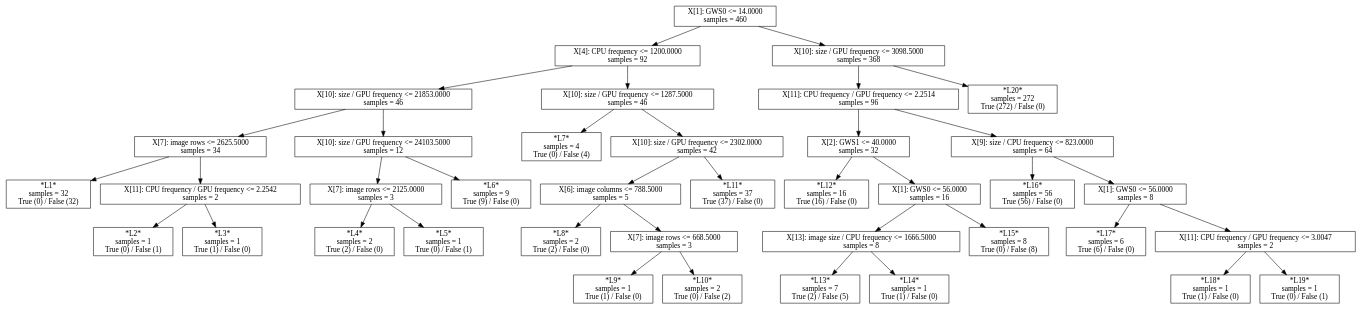
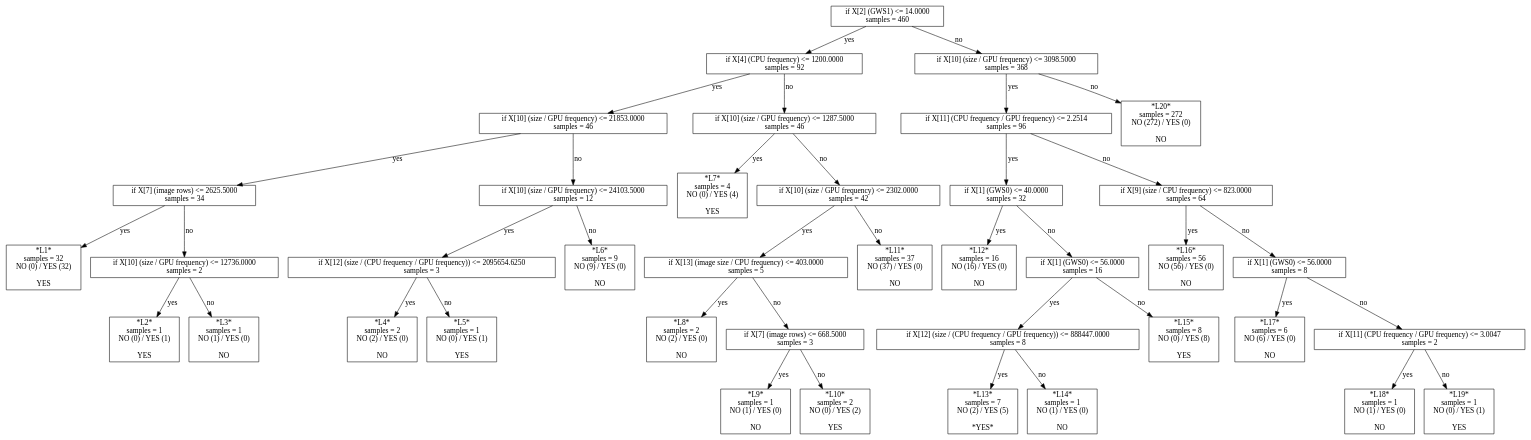
Before and after one commit to ctuning/reproduce-ck-paper-large-experiments: the diagram in script/reproduce-hog-modeling/t628-third-set-of-features-depth6/model-sklearn-dtc.model.dot, drawn with Graphviz. The commit also changed 199 other files, not shown here.

```diff
--- a/script/reproduce-hog-modeling/t628-third-set-of-features-depth6/model-sklearn-dtc.model.dot
+++ b/script/reproduce-hog-modeling/t628-third-set-of-features-depth6/model-sklearn-dtc.model.dot
@@ -1,79 +1,79 @@
 digraph Tree {
-0 [label="X[1]: GWS0 <= 14.0000\nsamples = 460", shape="box"] ;
-1 [label="X[4]: CPU frequency <= 1200.0000\nsamples = 92", shape="box"] ;
-0 -> 1 ;
-2 [label="X[10]: size / GPU frequency <= 21853.0000\nsamples = 46", shape="box"] ;
-1 -> 2 ;
-3 [label="X[7]: image rows <= 2625.5000\nsamples = 34", shape="box"] ;
-2 -> 3 ;
-4 [label="*L1*\nsamples = 32\nTrue (0) / False (32)", shape="box"] ;
-3 -> 4 ;
-5 [label="X[11]: CPU frequency / GPU frequency <= 2.2542\nsamples = 2", shape="box"] ;
-3 -> 5 ;
-6 [label="*L2*\nsamples = 1\nTrue (0) / False (1)", shape="box"] ;
-5 -> 6 ;
-7 [label="*L3*\nsamples = 1\nTrue (1) / False (0)", shape="box"] ;
-5 -> 7 ;
-8 [label="X[10]: size / GPU frequency <= 24103.5000\nsamples = 12", shape="box"] ;
-2 -> 8 ;
-9 [label="X[7]: image rows <= 2125.0000\nsamples = 3", shape="box"] ;
-8 -> 9 ;
-10 [label="*L4*\nsamples = 2\nTrue (2) / False (0)", shape="box"] ;
-9 -> 10 ;
-11 [label="*L5*\nsamples = 1\nTrue (0) / False (1)", shape="box"] ;
-9 -> 11 ;
-12 [label="*L6*\nsamples = 9\nTrue (9) / False (0)", shape="box"] ;
-8 -> 12 ;
-13 [label="X[10]: size / GPU frequency <= 1287.5000\nsamples = 46", shape="box"] ;
-1 -> 13 ;
-14 [label="*L7*\nsamples = 4\nTrue (0) / False (4)", shape="box"] ;
-13 -> 14 ;
-15 [label="X[10]: size / GPU frequency <= 2302.0000\nsamples = 42", shape="box"] ;
-13 -> 15 ;
-16 [label="X[6]: image columns <= 788.5000\nsamples = 5", shape="box"] ;
-15 -> 16 ;
-17 [label="*L8*\nsamples = 2\nTrue (2) / False (0)", shape="box"] ;
-16 -> 17 ;
-18 [label="X[7]: image rows <= 668.5000\nsamples = 3", shape="box"] ;
-16 -> 18 ;
-19 [label="*L9*\nsamples = 1\nTrue (1) / False (0)", shape="box"] ;
-18 -> 19 ;
-20 [label="*L10*\nsamples = 2\nTrue (0) / False (2)", shape="box"] ;
-18 -> 20 ;
-21 [label="*L11*\nsamples = 37\nTrue (37) / False (0)", shape="box"] ;
-15 -> 21 ;
-22 [label="X[10]: size / GPU frequency <= 3098.5000\nsamples = 368", shape="box"] ;
-0 -> 22 ;
-23 [label="X[11]: CPU frequency / GPU frequency <= 2.2514\nsamples = 96", shape="box"] ;
-22 -> 23 ;
-24 [label="X[2]: GWS1 <= 40.0000\nsamples = 32", shape="box"] ;
-23 -> 24 ;
-25 [label="*L12*\nsamples = 16\nTrue (16) / False (0)", shape="box"] ;
-24 -> 25 ;
-26 [label="X[1]: GWS0 <= 56.0000\nsamples = 16", shape="box"] ;
-24 -> 26 ;
-27 [label="X[13]: image size / CPU frequency <= 1666.5000\nsamples = 8", shape="box"] ;
-26 -> 27 ;
-28 [label="*L13*\nsamples = 7\nTrue (2) / False (5)", shape="box"] ;
-27 -> 28 ;
-29 [label="*L14*\nsamples = 1\nTrue (1) / False (0)", shape="box"] ;
-27 -> 29 ;
-30 [label="*L15*\nsamples = 8\nTrue (0) / False (8)", shape="box"] ;
-26 -> 30 ;
-31 [label="X[9]: size / CPU frequency <= 823.0000\nsamples = 64", shape="box"] ;
-23 -> 31 ;
-32 [label="*L16*\nsamples = 56\nTrue (56) / False (0)", shape="box"] ;
-31 -> 32 ;
-33 [label="X[1]: GWS0 <= 56.0000\nsamples = 8", shape="box"] ;
-31 -> 33 ;
-34 [label="*L17*\nsamples = 6\nTrue (6) / False (0)", shape="box"] ;
-33 -> 34 ;
-35 [label="X[11]: CPU frequency / GPU frequency <= 3.0047\nsamples = 2", shape="box"] ;
-33 -> 35 ;
-36 [label="*L18*\nsamples = 1\nTrue (1) / False (0)", shape="box"] ;
-35 -> 36 ;
-37 [label="*L19*\nsamples = 1\nTrue (0) / False (1)", shape="box"] ;
-35 -> 37 ;
-38 [label="*L20*\nsamples = 272\nTrue (272) / False (0)", shape="box"] ;
-22 -> 38 ;
+0 [label="if X[2] (GWS1) <= 14.0000\nsamples = 460", shape="box"] ;
+1 [label="if X[4] (CPU frequency) <= 1200.0000\nsamples = 92", shape="box"] ;
+0 -> 1 [label="yes"];
+2 [label="if X[10] (size / GPU frequency) <= 21853.0000\nsamples = 46", shape="box"] ;
+1 -> 2 [label="yes"];
+3 [label="if X[7] (image rows) <= 2625.5000\nsamples = 34", shape="box"] ;
+2 -> 3 [label="yes"];
+4 [label="*L1*\nsamples = 32\nNO (0) / YES (32)\n\nYES", shape="box"] ;
+3 -> 4 [label="yes"];
+5 [label="if X[10] (size / GPU frequency) <= 12736.0000\nsamples = 2", shape="box"] ;
+3 -> 5 [label="no"];
+6 [label="*L2*\nsamples = 1\nNO (0) / YES (1)\n\nYES", shape="box"] ;
+5 -> 6 [label="yes"];
+7 [label="*L3*\nsamples = 1\nNO (1) / YES (0)\n\nNO", shape="box"] ;
+5 -> 7 [label="no"];
+8 [label="if X[10] (size / GPU frequency) <= 24103.5000\nsamples = 12", shape="box"] ;
+2 -> 8 [label="no"];
+9 [label="if X[12] (size / (CPU frequency / GPU frequency)) <= 2095654.6250\nsamples = 3", shape="box"] ;
+8 -> 9 [label="yes"];
+10 [label="*L4*\nsamples = 2\nNO (2) / YES (0)\n\nNO", shape="box"] ;
+9 -> 10 [label="yes"];
+11 [label="*L5*\nsamples = 1\nNO (0) / YES (1)\n\nYES", shape="box"] ;
+9 -> 11 [label="no"];
+12 [label="*L6*\nsamples = 9\nNO (9) / YES (0)\n\nNO", shape="box"] ;
+8 -> 12 [label="no"];
+13 [label="if X[10] (size / GPU frequency) <= 1287.5000\nsamples = 46", shape="box"] ;
+1 -> 13 [label="no"];
+14 [label="*L7*\nsamples = 4\nNO (0) / YES (4)\n\nYES", shape="box"] ;
+13 -> 14 [label="yes"];
+15 [label="if X[10] (size / GPU frequency) <= 2302.0000\nsamples = 42", shape="box"] ;
+13 -> 15 [label="no"];
+16 [label="if X[13] (image size / CPU frequency) <= 403.0000\nsamples = 5", shape="box"] ;
+15 -> 16 [label="yes"];
+17 [label="*L8*\nsamples = 2\nNO (2) / YES (0)\n\nNO", shape="box"] ;
+16 -> 17 [label="yes"];
+18 [label="if X[7] (image rows) <= 668.5000\nsamples = 3", shape="box"] ;
+16 -> 18 [label="no"];
+19 [label="*L9*\nsamples = 1\nNO (1) / YES (0)\n\nNO", shape="box"] ;
+18 -> 19 [label="yes"];
+20 [label="*L10*\nsamples = 2\nNO (0) / YES (2)\n\nYES", shape="box"] ;
+18 -> 20 [label="no"];
+21 [label="*L11*\nsamples = 37\nNO (37) / YES (0)\n\nNO", shape="box"] ;
+15 -> 21 [label="no"];
+22 [label="if X[10] (size / GPU frequency) <= 3098.5000\nsamples = 368", shape="box"] ;
+0 -> 22 [label="no"];
+23 [label="if X[11] (CPU frequency / GPU frequency) <= 2.2514\nsamples = 96", shape="box"] ;
+22 -> 23 [label="yes"];
+24 [label="if X[1] (GWS0) <= 40.0000\nsamples = 32", shape="box"] ;
+23 -> 24 [label="yes"];
+25 [label="*L12*\nsamples = 16\nNO (16) / YES (0)\n\nNO", shape="box"] ;
+24 -> 25 [label="yes"];
+26 [label="if X[1] (GWS0) <= 56.0000\nsamples = 16", shape="box"] ;
+24 -> 26 [label="no"];
+27 [label="if X[12] (size / (CPU frequency / GPU frequency)) <= 888447.0000\nsamples = 8", shape="box"] ;
+26 -> 27 [label="yes"];
+28 [label="*L13*\nsamples = 7\nNO (2) / YES (5)\n\n*YES*", shape="box"] ;
+27 -> 28 [label="yes"];
+29 [label="*L14*\nsamples = 1\nNO (1) / YES (0)\n\nNO", shape="box"] ;
+27 -> 29 [label="no"];
+30 [label="*L15*\nsamples = 8\nNO (0) / YES (8)\n\nYES", shape="box"] ;
+26 -> 30 [label="no"];
+31 [label="if X[9] (size / CPU frequency) <= 823.0000\nsamples = 64", shape="box"] ;
+23 -> 31 [label="no"];
+32 [label="*L16*\nsamples = 56\nNO (56) / YES (0)\n\nNO", shape="box"] ;
+31 -> 32 [label="yes"];
+33 [label="if X[1] (GWS0) <= 56.0000\nsamples = 8", shape="box"] ;
+31 -> 33 [label="no"];
+34 [label="*L17*\nsamples = 6\nNO (6) / YES (0)\n\nNO", shape="box"] ;
+33 -> 34 [label="yes"];
+35 [label="if X[11] (CPU frequency / GPU frequency) <= 3.0047\nsamples = 2", shape="box"] ;
+33 -> 35 [label="no"];
+36 [label="*L18*\nsamples = 1\nNO (1) / YES (0)\n\nNO", shape="box"] ;
+35 -> 36 [label="yes"];
+37 [label="*L19*\nsamples = 1\nNO (0) / YES (1)\n\nYES", shape="box"] ;
+35 -> 37 [label="no"];
+38 [label="*L20*\nsamples = 272\nNO (272) / YES (0)\n\nNO", shape="box"] ;
+22 -> 38 [label="no"];
 }
```
